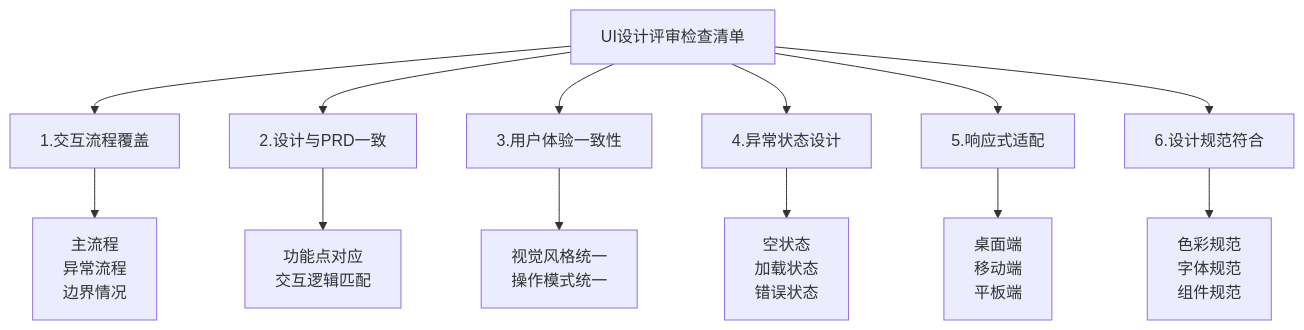
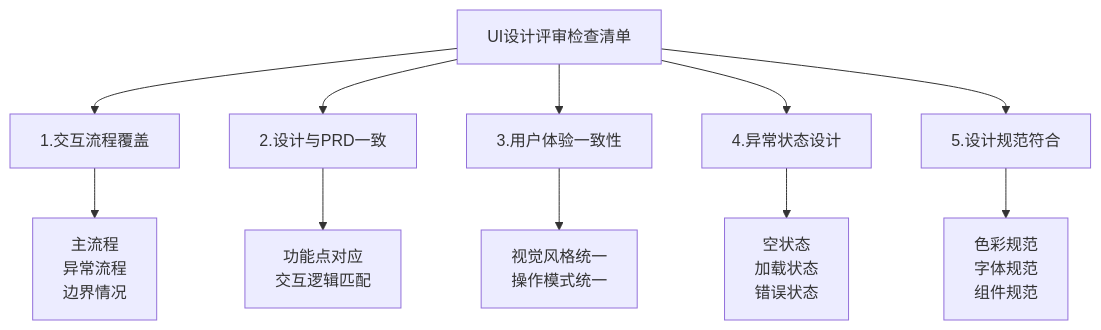
The third of 12 diagrams in 开发流程图.md (Taskon-xyz/PR), drawn with Mermaid before and after one commit. The commit also changed other lines of this file and 3 other files, not shown here.

````diff
--- a/开发流程图.md
+++ b/开发流程图.md
@@ -72,26 +72,23 @@
 ```mermaid
 flowchart TD
     UI_Check[UI设计评审检查清单] --> C1[1.交互流程覆盖]
     UI_Check --> C2[2.设计与PRD一致]
     UI_Check --> C3[3.用户体验一致性]
     UI_Check --> C4[4.异常状态设计]
-    UI_Check --> C5[5.响应式适配]
-    UI_Check --> C6[6.设计规范符合]
+    UI_Check --> C5[5.设计规范符合]
   
     C1 --> C1_1["主流程
     异常流程
     边界情况"]
     C2 --> C2_1["功能点对应
     交互逻辑匹配"]
     C3 --> C3_1["视觉风格统一
     操作模式统一"]
     C4 --> C4_1["空状态
     加载状态
     错误状态"]
-    C5 --> C5_1["桌面端
-    移动端
-    平板端"]
-    C6 --> C6_1["色彩规范
+  
+    C5 --> C5_1["色彩规范
     字体规范
     组件规范"]
 ```
````
